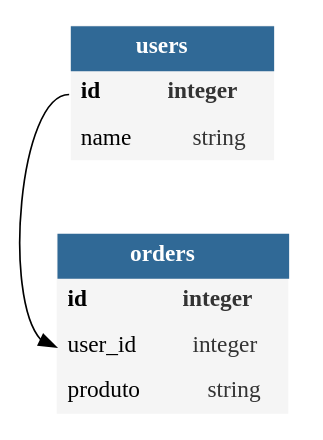
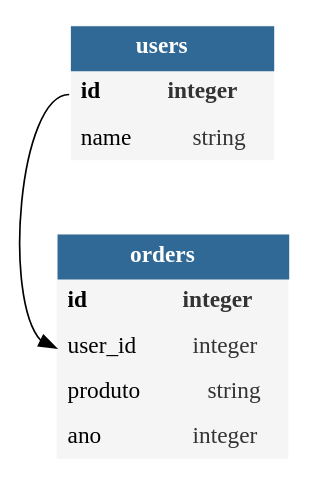
The diagram in erd.dot (transparencia-mg/datapackage-reprex), drawn with Graphviz before and after one commit. The commit also changed 3 other files, not shown here.

```diff
--- a/erd.dot
+++ b/erd.dot
@@ -1,5 +1,5 @@
 digraph "None"{
-    "orders" [shape=plaintext,label=<<table bgcolor="#f5f5f5" border="0" cellborder="0" cellspacing="0" cellpadding="6"><tr><td colspan="2" bgcolor="#306996"><b><font color="#ffffff">orders</font></b></td></tr><tr><td port="idn" align="left"><b>id</b></td><td port="idt" align="right"><b><font color="#333333">integer</font></b></td></tr><tr><td port="user_idn" align="left">user_id</td><td port="user_idt" align="right"><font color="#333333">integer</font></td></tr><tr><td port="produton" align="left">produto</td><td port="produtot" align="right"><font color="#333333">string</font></td></tr></table>>]
+    "orders" [shape=plaintext,label=<<table bgcolor="#f5f5f5" border="0" cellborder="0" cellspacing="0" cellpadding="6"><tr><td colspan="2" bgcolor="#306996"><b><font color="#ffffff">orders</font></b></td></tr><tr><td port="idn" align="left"><b>id</b></td><td port="idt" align="right"><b><font color="#333333">integer</font></b></td></tr><tr><td port="user_idn" align="left">user_id</td><td port="user_idt" align="right"><font color="#333333">integer</font></td></tr><tr><td port="produton" align="left">produto</td><td port="produtot" align="right"><font color="#333333">string</font></td></tr><tr><td port="anon" align="left">ano</td><td port="anot" align="right"><font color="#333333">integer</font></td></tr></table>>]
 	"users" [shape=plaintext,label=<<table bgcolor="#f5f5f5" border="0" cellborder="0" cellspacing="0" cellpadding="6"><tr><td colspan="2" bgcolor="#306996"><b><font color="#ffffff">users</font></b></td></tr><tr><td port="idn" align="left"><b>id</b></td><td port="idt" align="right"><b><font color="#333333">integer</font></b></td></tr><tr><td port="namen" align="left">name</td><td port="namet" align="right"><font color="#333333">string</font></td></tr></table>>]
     "users":idn -> "orders":user_idn;
 }
```
